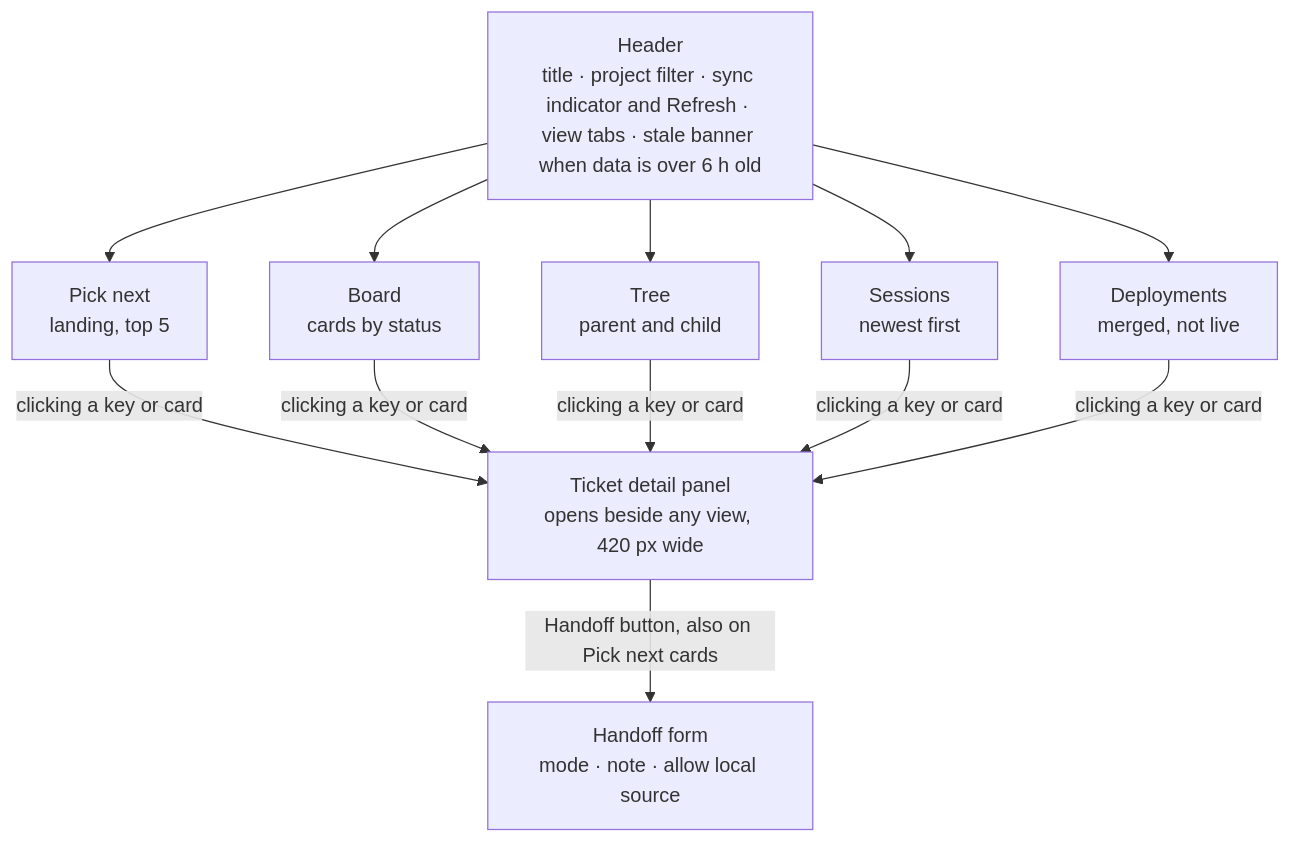
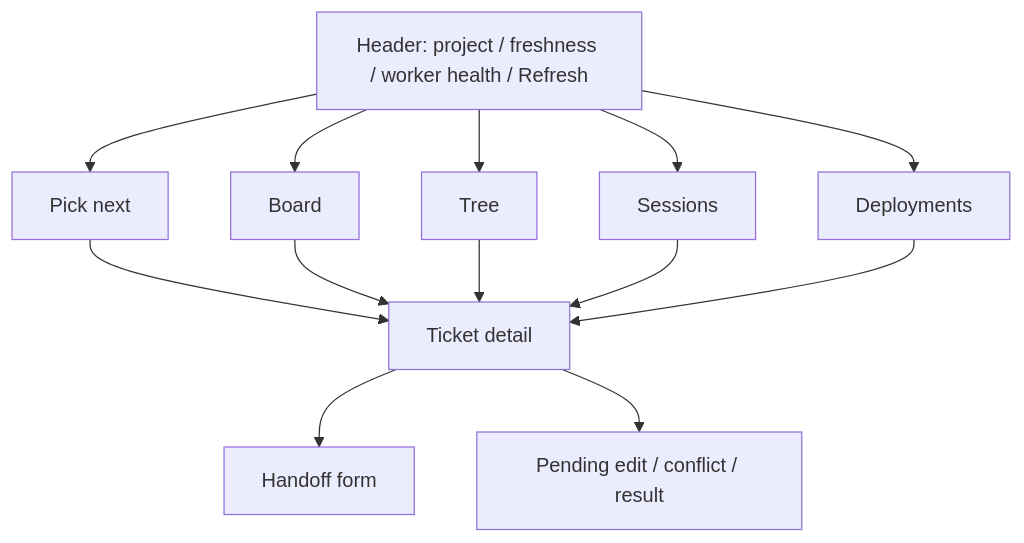
Before and after one commit to nulllvoid/session-quill: the diagram in docs/UI-DESIGN.md, drawn with Mermaid. The commit also changed other lines of this file and 10 other files, not shown here.

````diff
--- a/docs/UI-DESIGN.md
+++ b/docs/UI-DESIGN.md
@@ -42,11 +26,11 @@
 ```mermaid
 flowchart TD
-  H["Header<br/>title · project filter · sync indicator and Refresh · view tabs · stale banner when data is over 6 h old"]
-  H --> V1["Pick next<br/>landing, top 5"]
-  H --> V2["Board<br/>cards by status"]
-  H --> V3["Tree<br/>parent and child"]
-  H --> V4["Sessions<br/>newest first"]
-  H --> V5["Deployments<br/>merged, not live"]
-  V1 & V2 & V3 & V4 & V5 -->|clicking a key or card| P["Ticket detail panel<br/>opens beside any view, 420 px wide"]
-  P -->|Handoff button, also on Pick next cards| F["Handoff form<br/>mode · note · allow local source"]
+  H["Header: project / freshness / worker health / Refresh"] --> P["Pick next"]
+  H --> B["Board"]
+  H --> T["Tree"]
+  H --> S["Sessions"]
+  H --> D["Deployments"]
+  P & B & T & S & D --> X["Ticket detail"]
+  X --> F["Handoff form"]
+  X --> E["Pending edit / conflict / result"]
 ```
````
